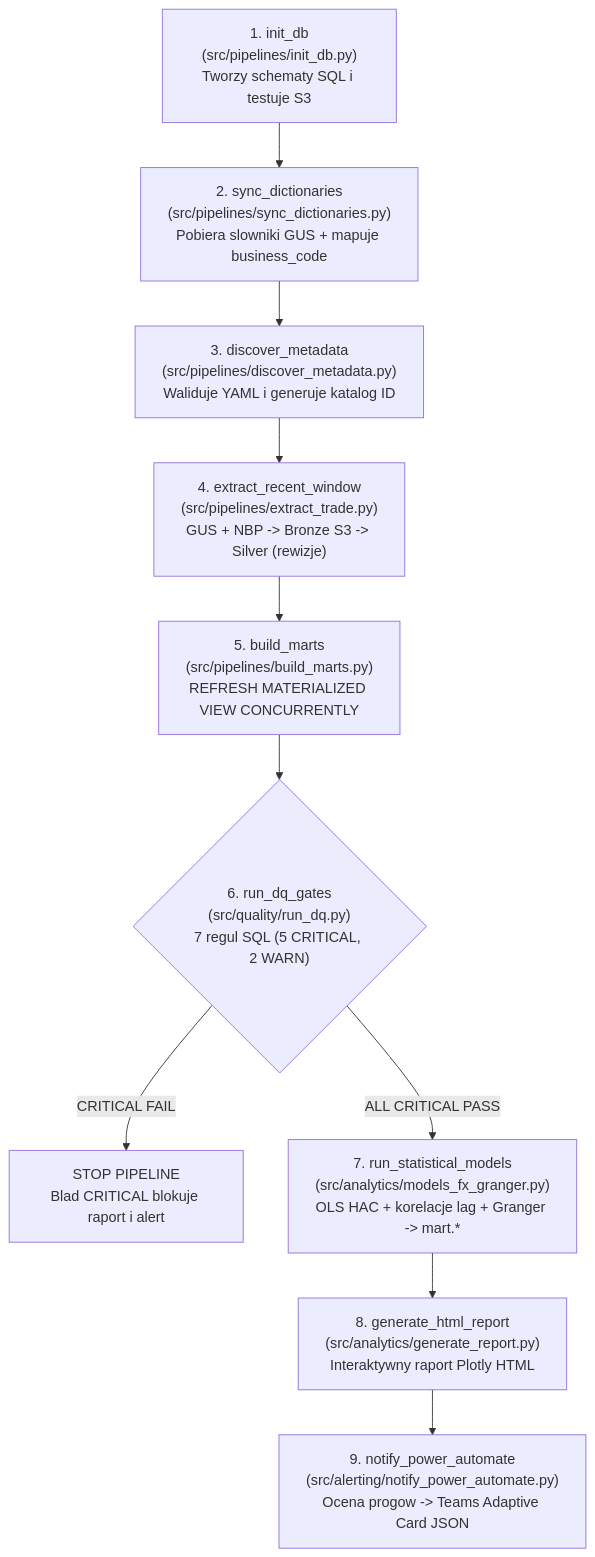
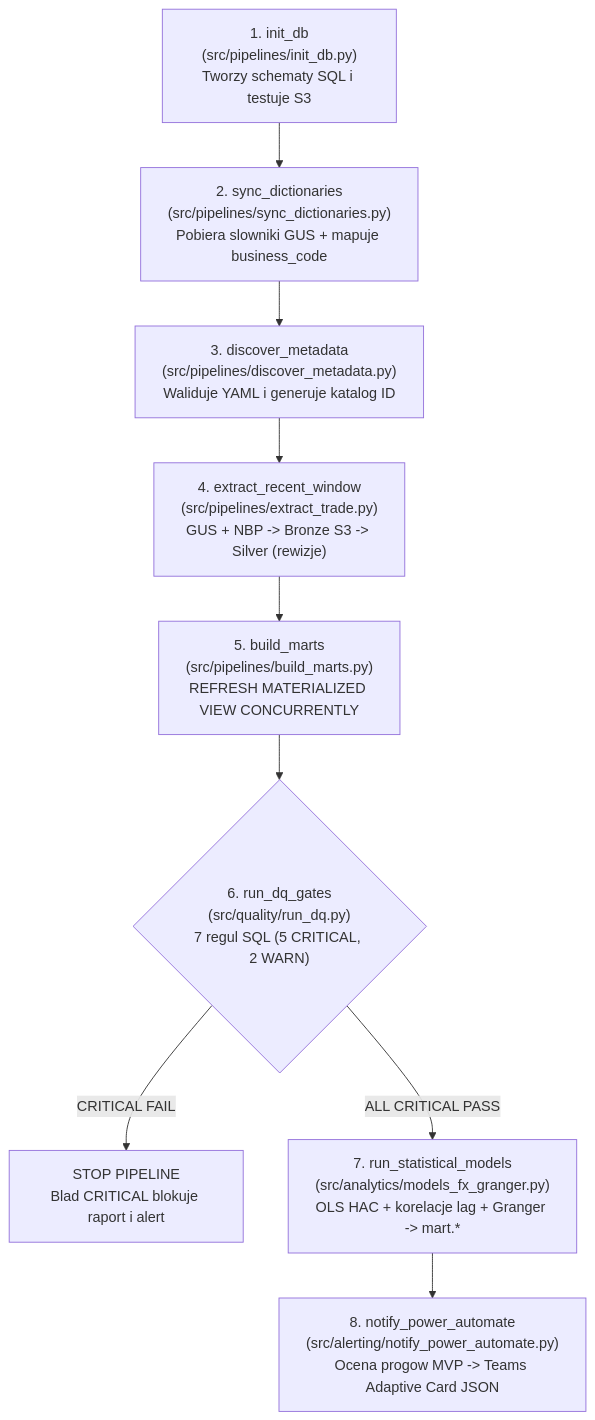
One commit to Szymon110903/tme-gus-export-sourcing-pulse changed the diagram in docs/pipeline_code_flow.md. Above: the diagram before and after it, drawn with Mermaid. The commit also changed other lines of this file and 8 other files, not shown here.

````diff
--- a/docs/pipeline_code_flow.md
+++ b/docs/pipeline_code_flow.md
@@ -11,17 +11,16 @@
 ```mermaid
 flowchart TD
     T1["1. init_db\n(src/pipelines/init_db.py)\nTworzy schematy SQL i testuje S3"]
     T2["2. sync_dictionaries\n(src/pipelines/sync_dictionaries.py)\nPobiera slowniki GUS + mapuje business_code"]
     T3["3. discover_metadata\n(src/pipelines/discover_metadata.py)\nWaliduje YAML i generuje katalog ID"]
     T4["4. extract_recent_window\n(src/pipelines/extract_trade.py)\nGUS + NBP -> Bronze S3 -> Silver (rewizje)"]
     T5["5. build_marts\n(src/pipelines/build_marts.py)\nREFRESH MATERIALIZED VIEW CONCURRENTLY"]
     T6{"6. run_dq_gates\n(src/quality/run_dq.py)\n7 regul SQL (5 CRITICAL, 2 WARN)"}
     STOP["STOP PIPELINE\nBlad CRITICAL blokuje raport i alert"]
     T7["7. run_statistical_models\n(src/analytics/models_fx_granger.py)\nOLS HAC + korelacje lag + Granger -> mart.*"]
-    T8["8. generate_html_report\n(src/analytics/generate_report.py)\nInteraktywny raport Plotly HTML"]
-    T9["9. notify_power_automate\n(src/alerting/notify_power_automate.py)\nOcena progow -> Teams Adaptive Card JSON"]
+    T8["8. notify_power_automate\n(src/alerting/notify_power_automate.py)\nOcena progow MVP -> Teams Adaptive Card JSON"]
 
     T1 --> T2 --> T3 --> T4 --> T5 --> T6
     T6 -->|"CRITICAL FAIL"| STOP
-    T6 -->|"ALL CRITICAL PASS"| T7 --> T8 --> T9
+    T6 -->|"ALL CRITICAL PASS"| T7 --> T8
 ```
````
